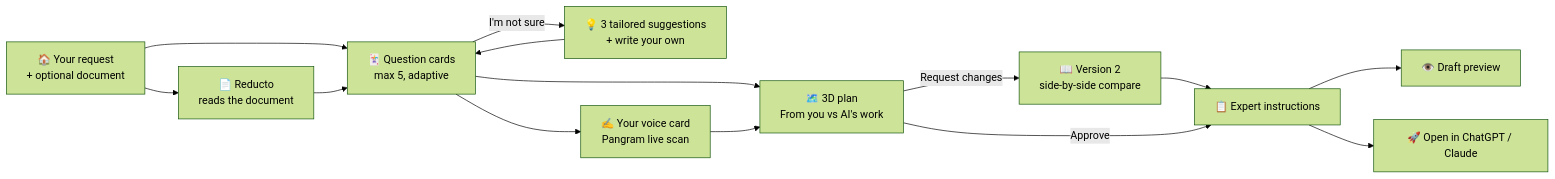
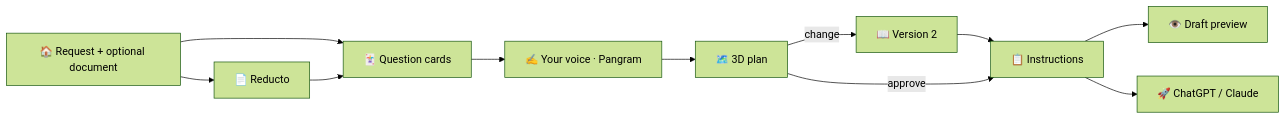
One commit to AKilalours/AskmeFirst changed the diagram in README.md. Above: the diagram before and after it, drawn with Mermaid (forest theme). The commit also changed other lines of this file, not shown here.

````diff
--- a/README.md
+++ b/README.md
@@ -91,16 +118,13 @@
 ```mermaid
 flowchart LR
-    A["🏠 Your request<br/>+ optional document"] --> B["📄 Reducto<br/>reads the document"]
-    A --> C["🃏 Question cards<br/>max 5, adaptive"]
+    A["🏠 Request + optional document"] --> B["📄 Reducto"]
+    A --> C["🃏 Question cards"]
     B --> C
-    C -->|"I'm not sure"| S["💡 3 tailored suggestions<br/>+ write your own"]
-    S --> C
-    C --> P["🗺️ 3D plan<br/>From you vs AI's work"]
-    C --> W["✍️ Your voice card<br/>Pangram live scan"]
-    W --> P
-    P -->|Request changes| P2["📖 Version 2<br/>side-by-side compare"]
+    C --> W["✍️ Your voice · Pangram"]
+    W --> P["🗺️ 3D plan"]
+    P -->|change| P2["📖 Version 2"]
     P2 --> H
-    P -->|Approve| H["📋 Expert instructions"]
+    P -->|approve| H["📋 Instructions"]
     H --> V["👁️ Draft preview"]
-    H --> O["🚀 Open in ChatGPT / Claude"]
+    H --> O["🚀 ChatGPT / Claude"]
 ```
````
